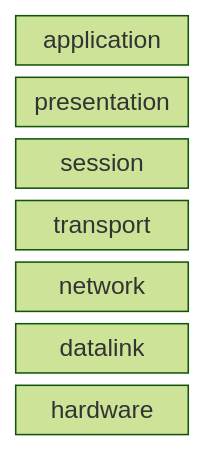
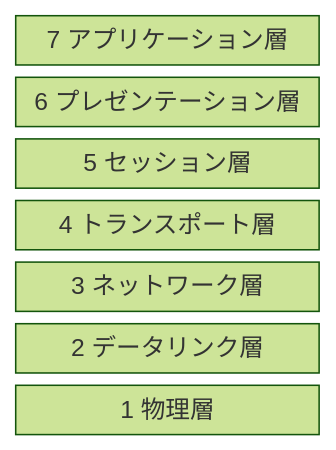
The diagram in _draft/2024-12-02-book-マスタリングtcpip.md (nitou-kanazawa/nitou-kanazawa.github.io), drawn with Mermaid (forest theme) before and after one commit. The commit also changed other lines of this file and 6 other files, not shown here.

````diff
--- a/_draft/2024-12-02-book-マスタリングtcpip.md
+++ b/_draft/2024-12-02-book-マスタリングtcpip.md
@@ -69,12 +38,12 @@
 ```mermaid
 block-beta
   columns 3
-  
-  application :3
-  presentation :3
-  session :3
-  transport :3
-  network :3
-  datalink :3
-  hardware :3
+
+  application ["7 アプリケーション層"]  :3
+  presentation["6 プレゼンテーション層"] :3
+  session      ["5 セッション層"]        :3
+  transport    ["4 トランスポート層"]    :3
+  network      ["3 ネットワーク層"]      :3
+  datalink     ["2 データリンク層"]       :3
+  physical     ["1 物理層"]              :3
 ```
````
